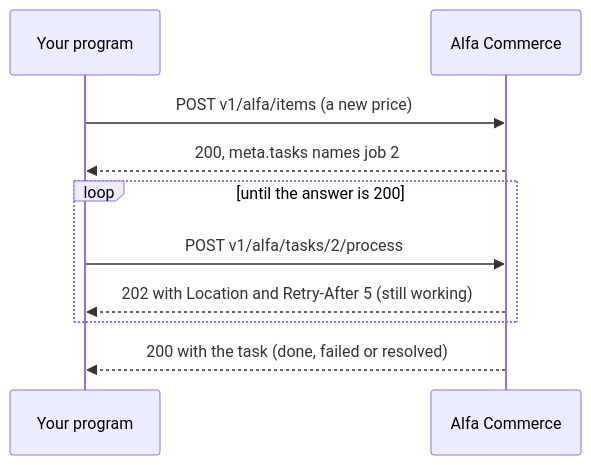
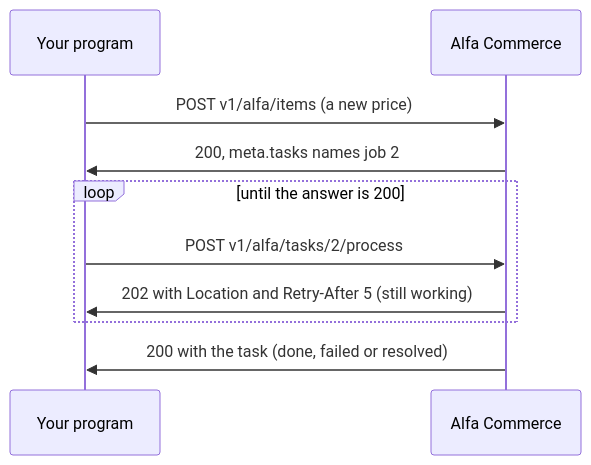
Before and after one commit to Easylogic-CO-LP/Alfa-Commerce-Manual: the diagram in docs/api/documents-and-tasks.md, drawn with Mermaid. The commit also changed other lines of this file and 63 other files, not shown here.

````diff
--- a/docs/api/documents-and-tasks.md
+++ b/docs/api/documents-and-tasks.md
@@ -139,12 +138,12 @@
 ```mermaid
 sequenceDiagram
     participant C as Your program
     participant A as Alfa Commerce
     C->>A: POST v1/alfa/items (a new price)
-    A-->>C: 200, meta.tasks names job 2
+    A->>C: 200, meta.tasks names job 2
     loop until the answer is 200
         C->>A: POST v1/alfa/tasks/2/process
-        A-->>C: 202 with Location and Retry-After 5 (still working)
+        A->>C: 202 with Location and Retry-After 5 (still working)
     end
-    A-->>C: 200 with the task (done, failed or resolved)
+    A->>C: 200 with the task (done, failed or resolved)
 ```
````
